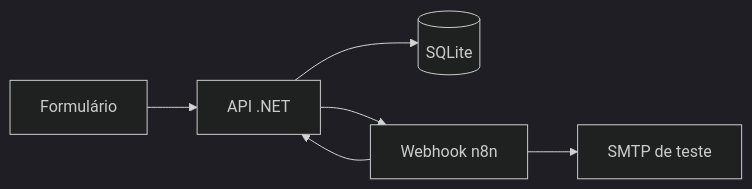
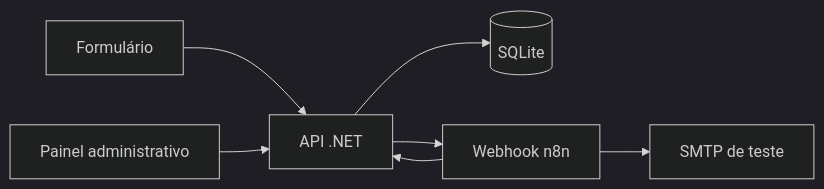
Before and after one commit to caiussord/FluxoPro: the first of 2 diagrams in docs/architecture.md, drawn with Mermaid (dark theme). The commit also changed other lines of this file and 25 other files, not shown here.

Commit message:
Evolui FluxoPro com painel administrativo e fluxo robusto

````diff
--- a/docs/architecture.md
+++ b/docs/architecture.md
@@ -3,8 +3,9 @@
 ```mermaid
 flowchart LR
   F[Formulário] --> A[API .NET]
+  P[Painel administrativo] --> A
   A --> D[(SQLite)]
   A --> W[Webhook n8n]
   W --> A
   W --> M[SMTP de teste]
 ```
````
